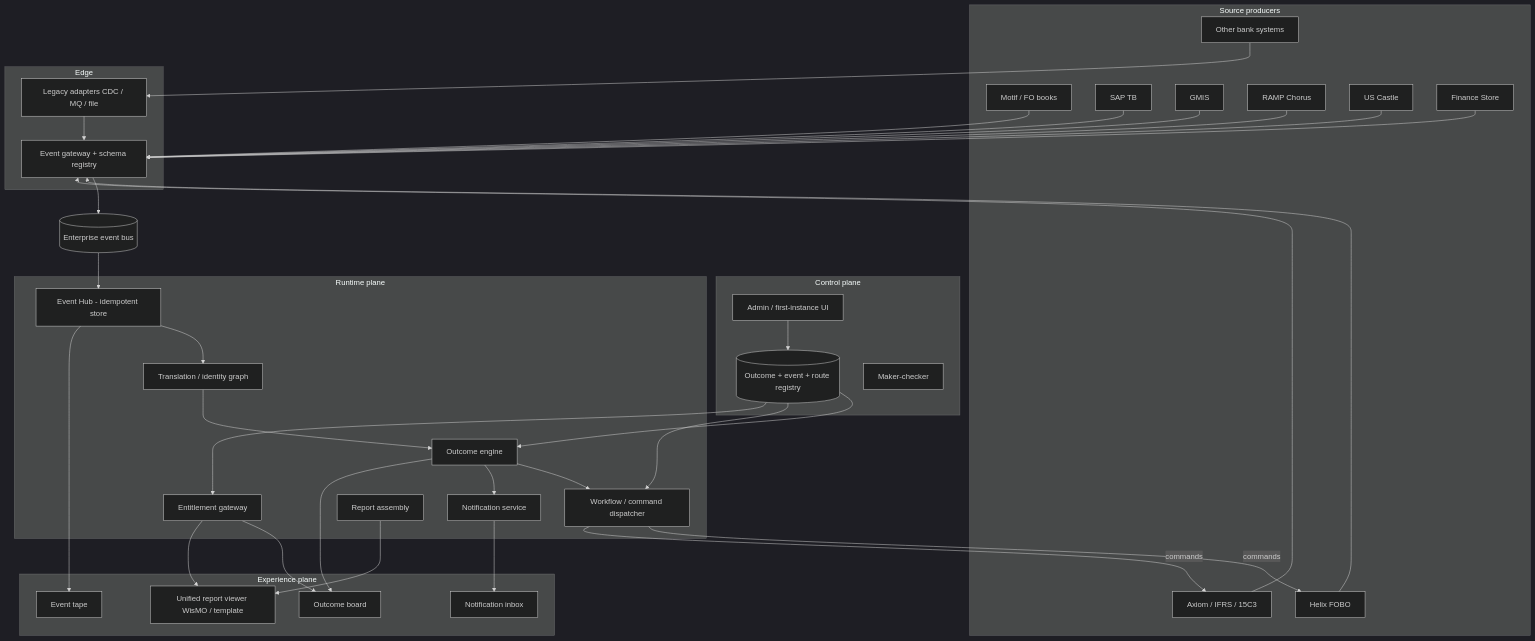
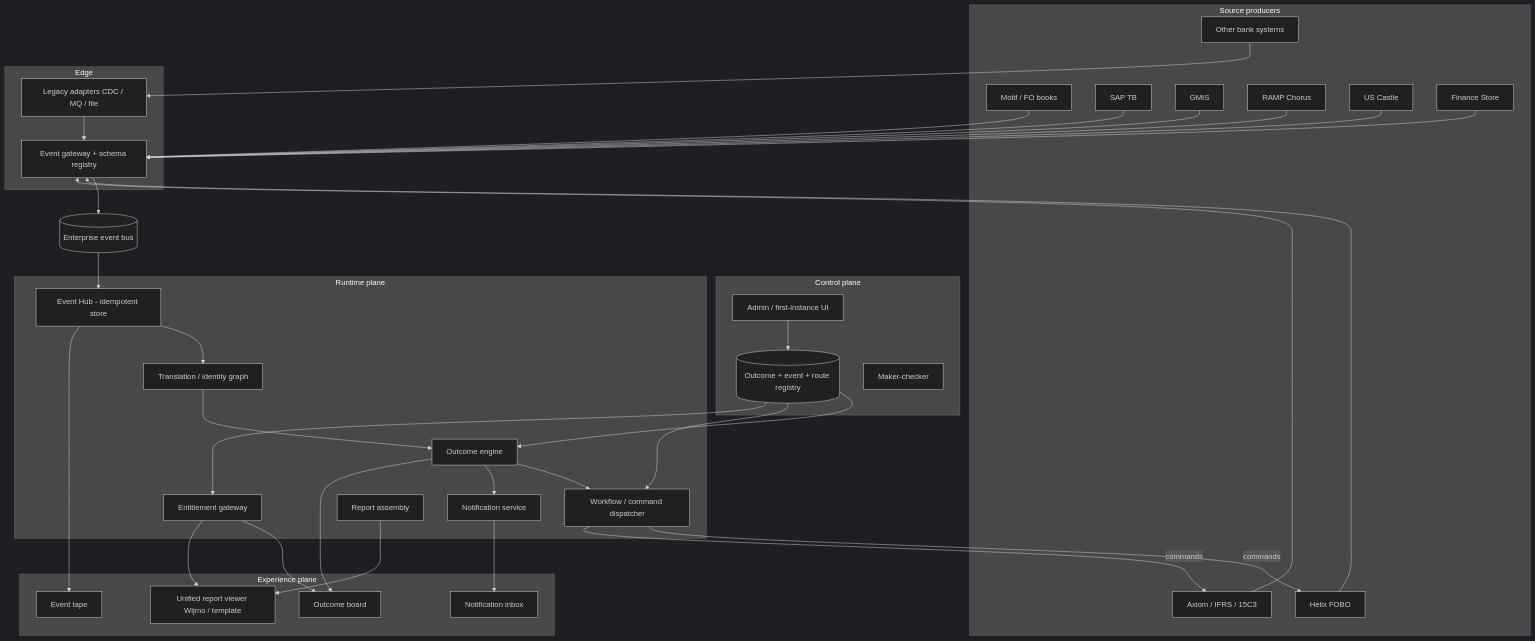
The diagram in docs/superpowers/specs/2026-09-12-enterprise-event-platform-design.md (praveen2025work/onefinuxdemo), drawn with Mermaid (dark theme) before and after one commit. The commit also changed other lines of this file and 12 other files, not shown here.

First line of the commit message:
fix: rename WisMO/Wismo to Wijmo (MESCIUS)

````diff
--- a/docs/superpowers/specs/2026-09-12-enterprise-event-platform-design.md
+++ b/docs/superpowers/specs/2026-09-12-enterprise-event-platform-design.md
@@ -118,72 +118,72 @@
 ```mermaid
 flowchart TB
   subgraph producers [Source producers]
     Motif[Motif / FO books]
     SAP[SAP TB]
     GMIS[GMIS]
     RAMP[RAMP Chorus]
     Castle[US Castle]
     FinStore[Finance Store]
     Helix[Helix FOBO]
     Axiom[Axiom / IFRS / 15C3]
     Other[Other bank systems]
   end
 
   subgraph edge [Edge]
     GW[Event gateway + schema registry]
     Adapters[Legacy adapters CDC / MQ / file]
   end
 
   Bus[(Enterprise event bus)]
 
   subgraph control [Control plane]
     Admin[Admin / first-instance UI]
     Registry[(Outcome + event + route registry)]
     Maker[Maker-checker]
   end
 
   subgraph runtime [Runtime plane]
     Hub[Event Hub - idempotent store]
     XL[Translation / identity graph]
     Engine[Outcome engine]
     WF[Workflow / command dispatcher]
     Ntfy[Notification service]
     Ent[Entitlement gateway]
     Reports[Report assembly]
   end
 
   subgraph experience [Experience plane]
     Board[Outcome board]
     Inbox[Notification inbox]
-    Viewer[Unified report viewer WisMO / template]
+    Viewer[Unified report viewer Wijmo / template]
     Tape[Event tape]
   end
 
   Motif --> GW
   SAP --> GW
   GMIS --> GW
   RAMP --> GW
   Castle --> GW
   FinStore --> GW
   Helix --> GW
   Axiom --> GW
   Other --> Adapters
   Adapters --> GW
   GW --> Bus
   Bus --> Hub
   Hub --> XL --> Engine
   Engine --> WF
   WF -->|commands| Helix
   WF -->|commands| Axiom
   Engine --> Ntfy
   Admin --> Registry
   Registry --> Engine
   Registry --> WF
   Registry --> Ent
   Ntfy --> Inbox
   Engine --> Board
   Reports --> Viewer
   Ent --> Board
   Ent --> Viewer
   Hub --> Tape
 ```
````
